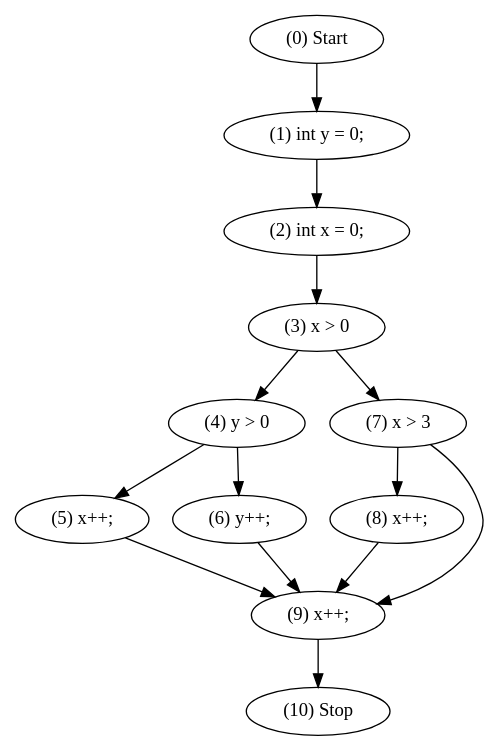
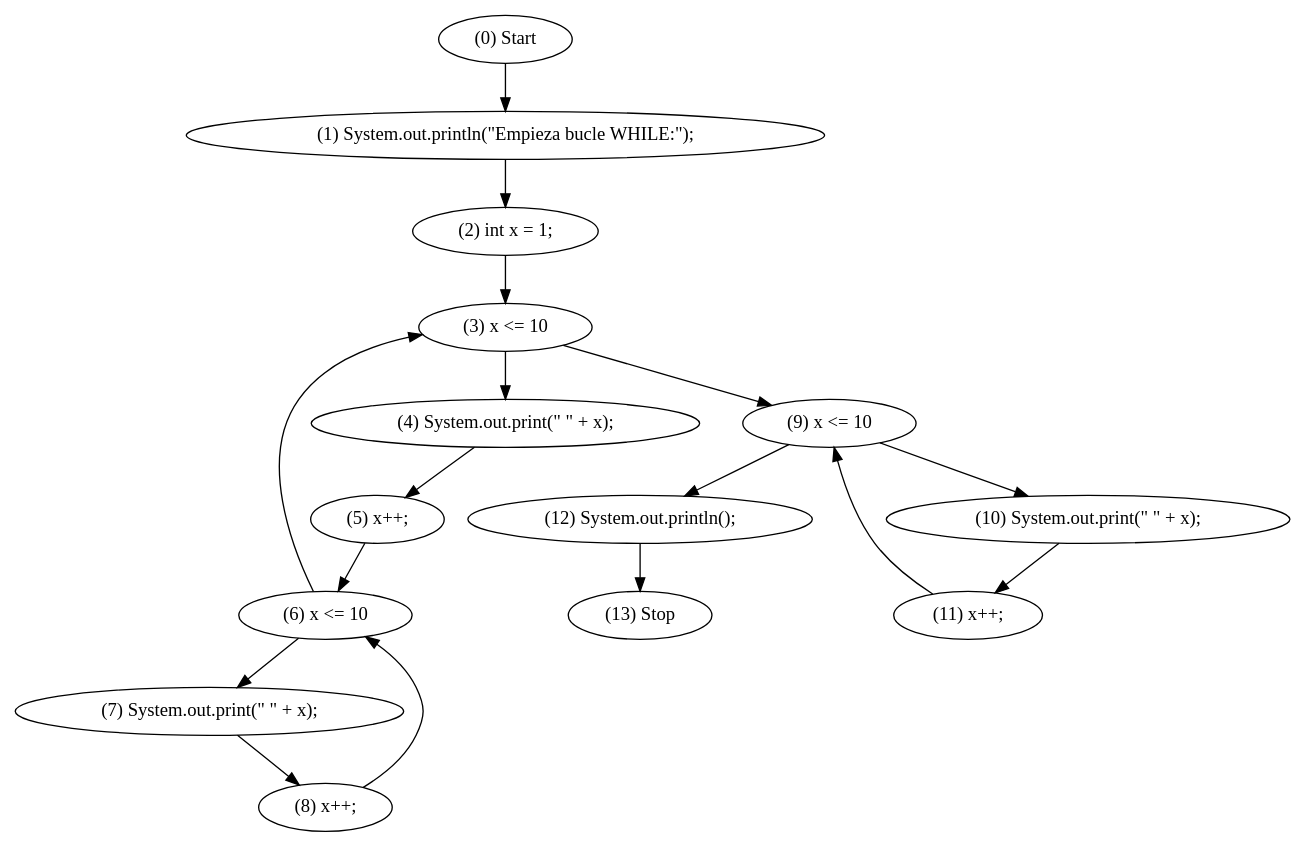
The diagram in dotsource.dot (Tr3sar/TVD-pracs), drawn with Graphviz before and after one commit. The commit also changed 20 other files, not shown here.

```diff
--- a/dotsource.dot
+++ b/dotsource.dot
@@ -1,2 +1,2 @@
 digraph G {
-"(0) Start" -> "(1) int y = 0;""(1) int y = 0;" -> "(2) int x = 0;""(2) int x = 0;" -> "(3) x > 0""(3) x > 0" -> "(4) y > 0""(4) y > 0" -> "(5) x++;""(4) y > 0" -> "(6) y++;""(3) x > 0" -> "(7) x > 3""(7) x > 3" -> "(8) x++;""(7) x > 3" -> "(9) x++;""(5) x++;" -> "(9) x++;""(8) x++;" -> "(9) x++;""(6) y++;" -> "(9) x++;""(9) x++;" -> "(10) Stop"}
+"(0) Start" -> "(1) System.out.println(\"Empieza bucle WHILE:\");""(1) System.out.println(\"Empieza bucle WHILE:\");" -> "(2) int x = 1;""(2) int x = 1;" -> "(3) x <= 10""(3) x <= 10" -> "(4) System.out.print(\" \" + x);""(4) System.out.print(\" \" + x);" -> "(5) x++;""(5) x++;" -> "(6) x <= 10""(6) x <= 10" -> "(7) System.out.print(\" \" + x);""(7) System.out.print(\" \" + x);" -> "(8) x++;""(8) x++;" -> "(6) x <= 10""(6) x <= 10" -> "(3) x <= 10""(3) x <= 10" -> "(9) x <= 10""(9) x <= 10" -> "(10) System.out.print(\" \" + x);""(10) System.out.print(\" \" + x);" -> "(11) x++;""(11) x++;" -> "(9) x <= 10""(9) x <= 10" -> "(12) System.out.println();""(12) System.out.println();" -> "(13) Stop"}
```
